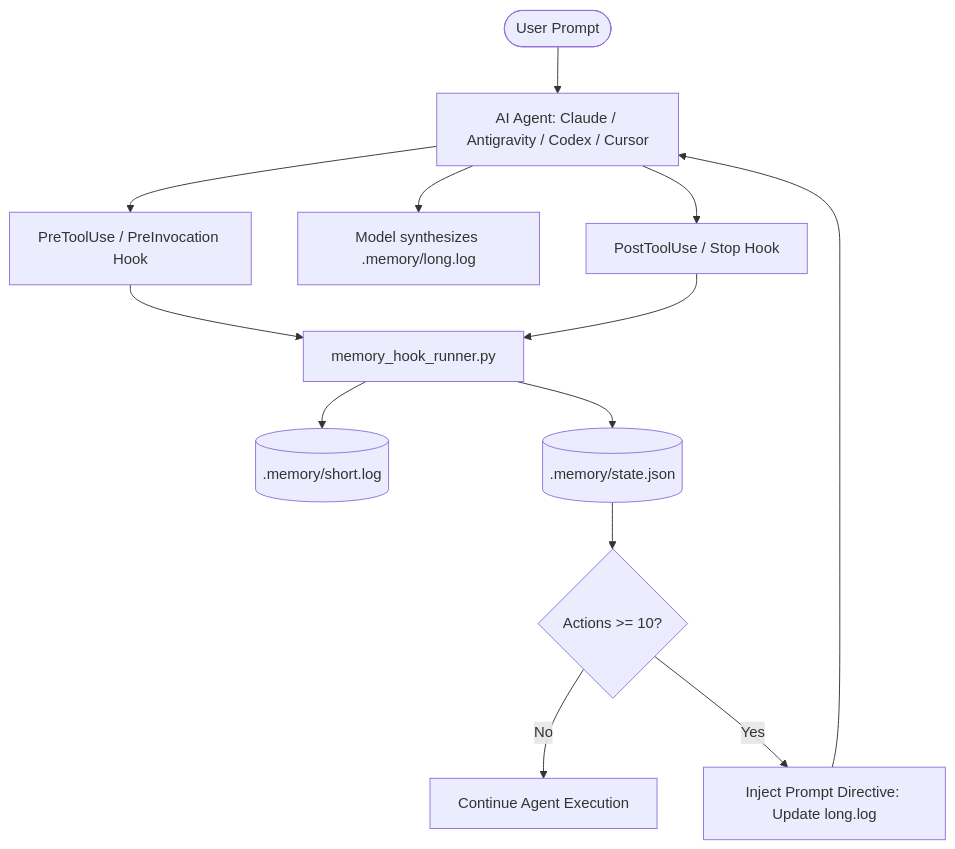
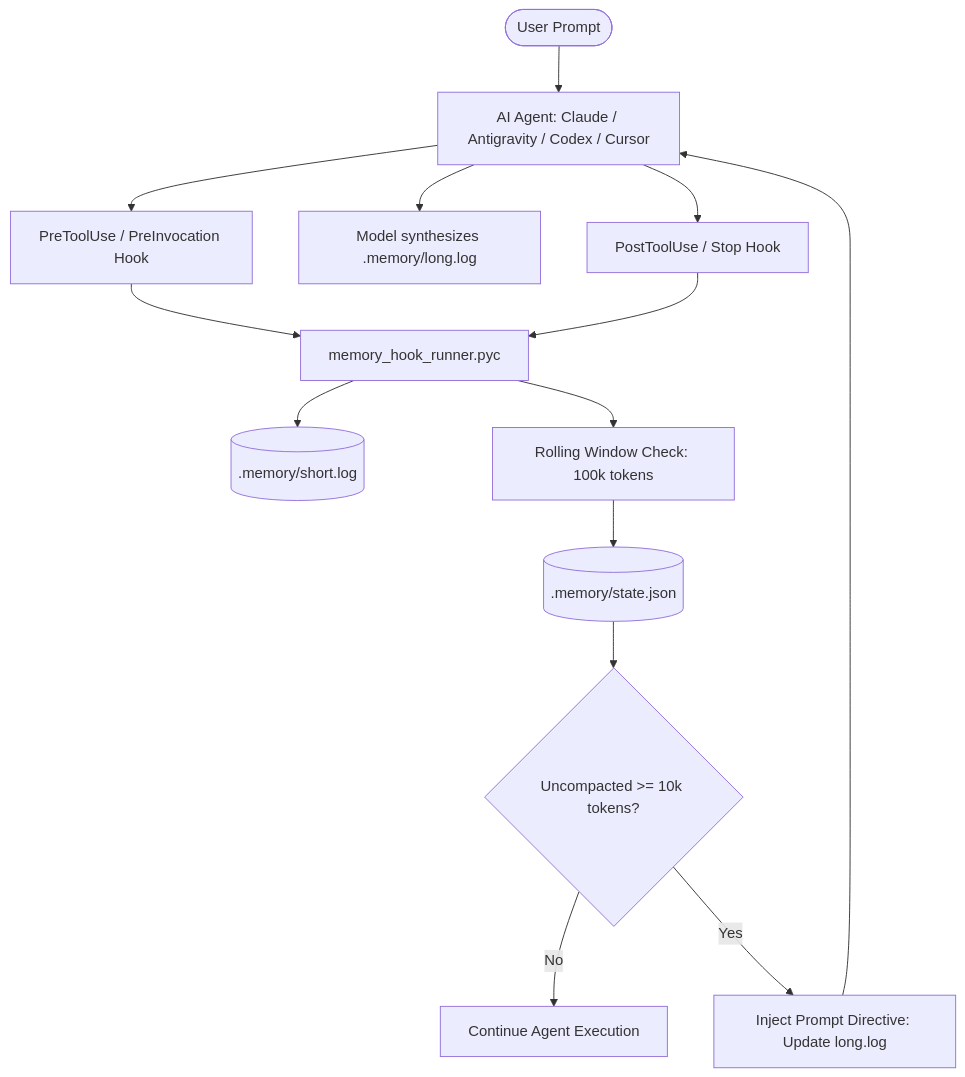
The diagram in README.md (subhasishsaha/memory-hook-for-agents), drawn with Mermaid before and after one commit. The commit also changed other lines of this file and 2 other files, not shown here.

Commit message:
docs: update README with .log, 10k token compaction, 100k window, and bytecode security

````diff
--- a/README.md
+++ b/README.md
@@ -107,15 +114,16 @@
 ```mermaid
 flowchart TD
     User([User Prompt]) --> Agent[AI Agent: Claude / Antigravity / Codex / Cursor]
     Agent --> PreTool[PreToolUse / PreInvocation Hook]
-    PreTool --> Runner[memory_hook_runner.py]
+    PreTool --> Runner[memory_hook_runner.pyc]
     Runner --> ShortLog[(.memory/short.log)]
-    Runner --> State[(.memory/state.json)]
-    State --> Check{Actions >= 10?}
+    Runner --> Prune[Rolling Window Check: 100k tokens]
+    Prune --> State[(.memory/state.json)]
+    State --> Check{Uncompacted >= 10k tokens?}
     Check -- No --> Continue[Continue Agent Execution]
     Check -- Yes --> Inject[Inject Prompt Directive: Update long.log]
     Inject --> Agent
     Agent --> WriteLong[Model synthesizes .memory/long.log]
     Agent --> PostTool[PostToolUse / Stop Hook]
     PostTool --> Runner
 ```
````
